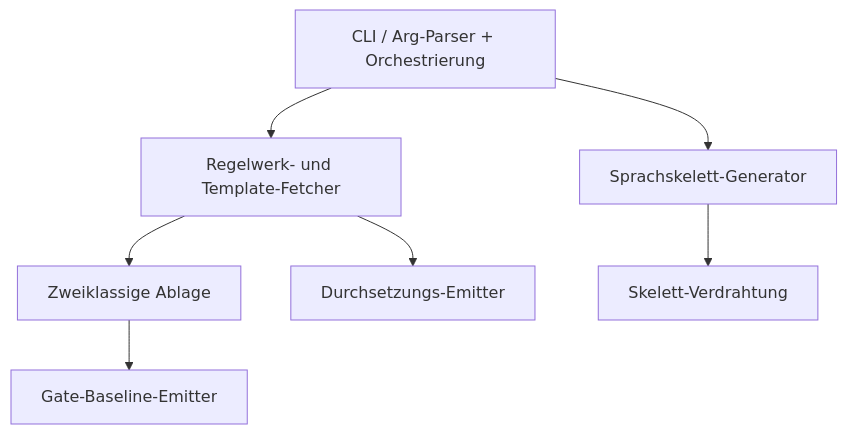
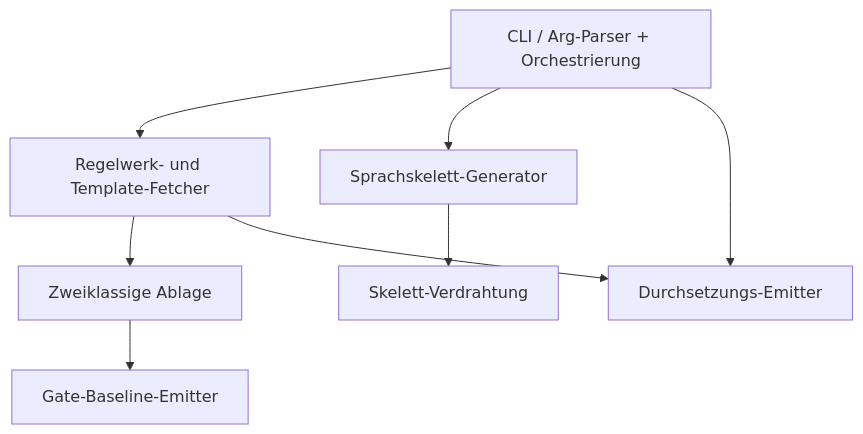
The first of 2 diagrams in spec/architecture.md (pt9912/ai-harness-init), drawn with Mermaid before and after one commit. The commit also changed other lines of this file and 4 other files, not shown here.

````diff
--- a/spec/architecture.md
+++ b/spec/architecture.md
@@ -12,16 +12,17 @@
 ```mermaid
 flowchart TB
     CLI[CLI / Arg-Parser + Orchestrierung]
     Fetch[Regelwerk- und Template-Fetcher]
     Gen[Sprachskelett-Generator]
     Place[Zweiklassige Ablage]
     Gate[Gate-Baseline-Emitter]
     Wire[Skelett-Verdrahtung]
     Enforce[Durchsetzungs-Emitter]
     CLI --> Fetch
     CLI --> Gen
     Fetch --> Place
     Place --> Gate
     Gen --> Wire
+    CLI --> Enforce
     Fetch --> Enforce
 ```
````
